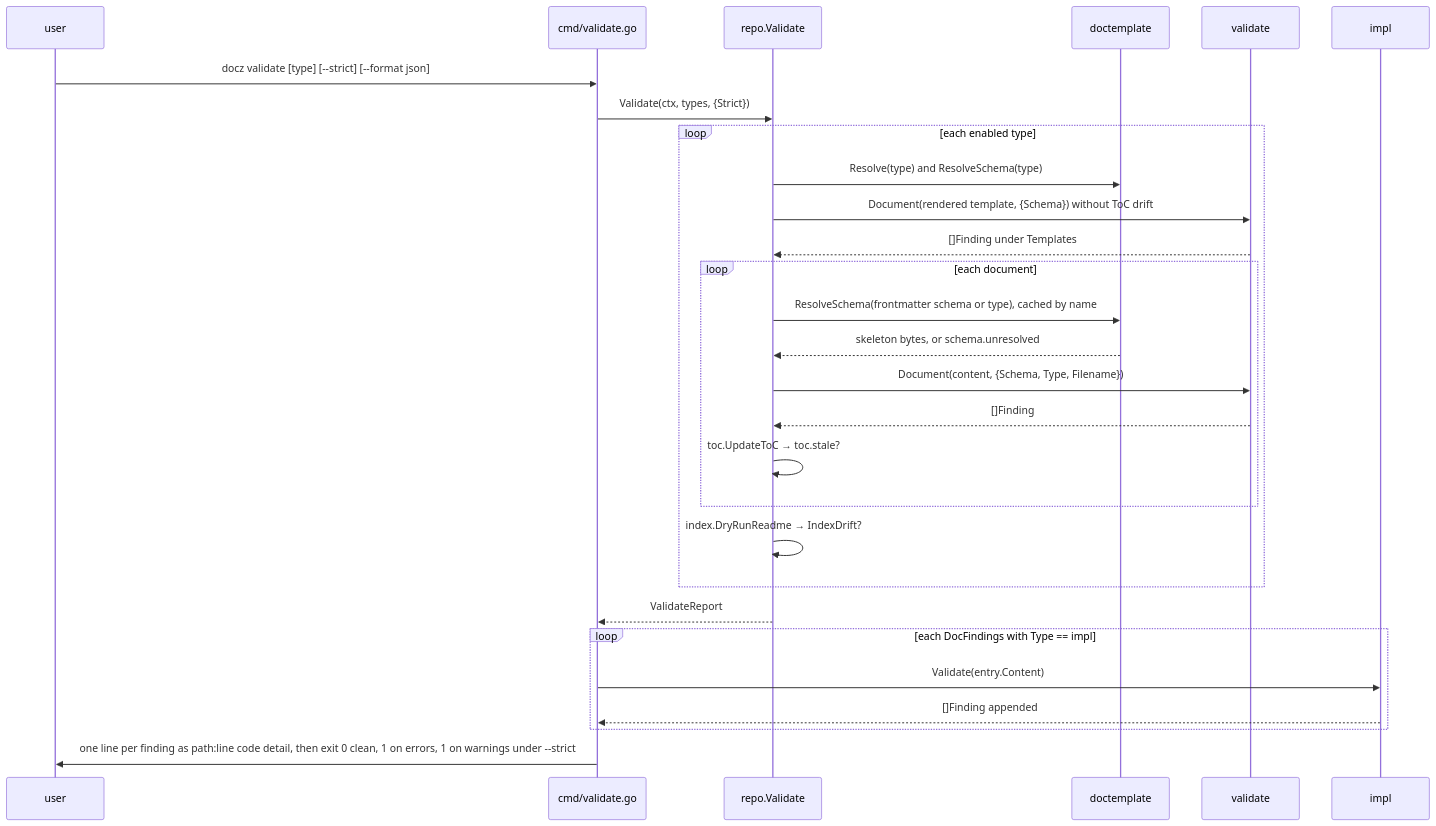
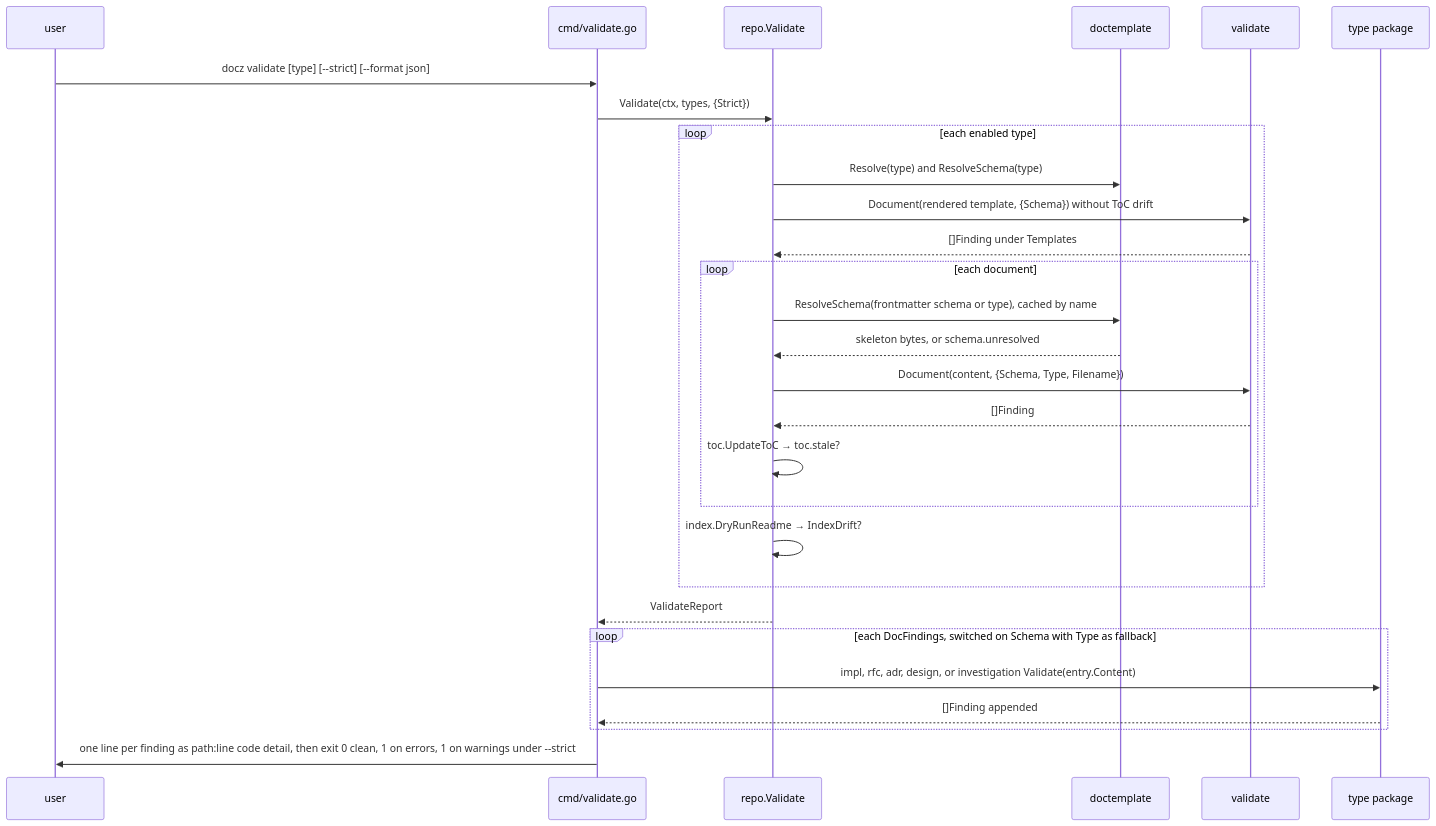
The third of 6 diagrams in docs/design/0015-structured-regions-and-docz-validate.md (donaldgifford/docz), drawn with Mermaid before and after one commit. The commit also changed other lines of this file and 3 other files, not shown here.

````diff
--- a/docs/design/0015-structured-regions-and-docz-validate.md
+++ b/docs/design/0015-structured-regions-and-docz-validate.md
@@ -481,30 +553,30 @@
 ```mermaid
 sequenceDiagram
   participant U as user
   participant cmd as cmd/validate.go
   participant R as repo.Validate
   participant T as doctemplate
   participant V as validate
-  participant I as impl
+  participant I as type package
   U->>cmd: docz validate [type] [--strict] [--format json]
   cmd->>R: Validate(ctx, types, {Strict})
   loop each enabled type
     R->>T: Resolve(type) and ResolveSchema(type)
     R->>V: Document(rendered template, {Schema}) without ToC drift
     V-->>R: []Finding under Templates
     loop each document
       R->>T: ResolveSchema(frontmatter schema or type), cached by name
       T-->>R: skeleton bytes, or schema.unresolved
       R->>V: Document(content, {Schema, Type, Filename})
       V-->>R: []Finding
       R->>R: toc.UpdateToC → toc.stale?
     end
     R->>R: index.DryRunReadme → IndexDrift?
   end
   R-->>cmd: ValidateReport
-  loop each DocFindings with Type == impl
-    cmd->>I: Validate(entry.Content)
+  loop each DocFindings, switched on Schema with Type as fallback
+    cmd->>I: impl, rfc, adr, design, or investigation Validate(entry.Content)
     I-->>cmd: []Finding appended
   end
   cmd->>U: one line per finding as path:line code detail, then exit 0 clean, 1 on errors, 1 on warnings under --strict
 ```
````
